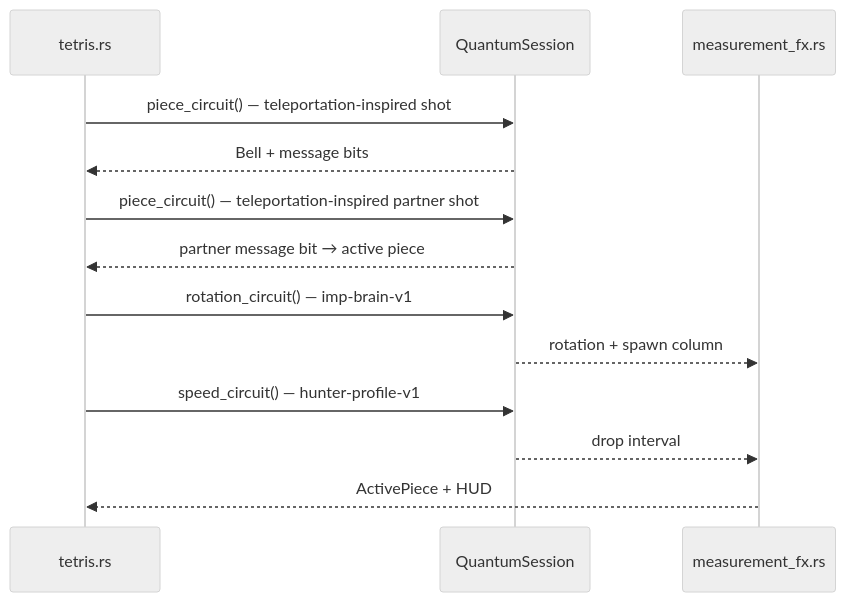
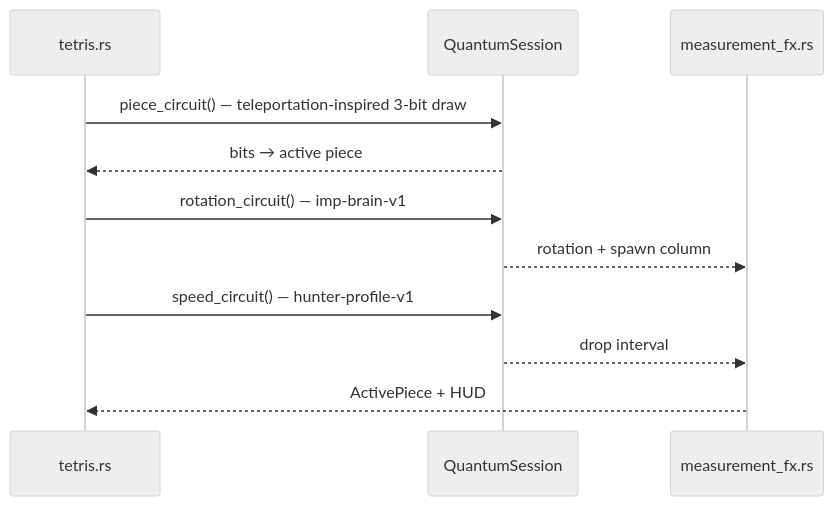
The second of 2 diagrams in README.md (thepriben/quantum-tetris), drawn with Mermaid (neutral theme) before and after one commit. The commit also changed other lines of this file and 9 other files, not shown here.

Commit message:
Simplify quantum piece draw

````diff
--- a/README.md
+++ b/README.md
@@ -136,16 +136,14 @@
 ```mermaid
 sequenceDiagram
   participant T as tetris.rs
   participant Q as QuantumSession
   participant M as measurement_fx.rs
 
-  T->>Q: piece_circuit() — teleportation-inspired shot #1
-  Q-->>T: Bell + message bits
-  T->>Q: piece_circuit() — teleportation-inspired partner shot
-  Q-->>T: partner message bit → active piece
+  T->>Q: piece_circuit() — teleportation-inspired 3-bit draw
+  Q-->>T: bits → active piece
   T->>Q: rotation_circuit() — imp-brain-v1
   Q-->>M: rotation + spawn column
   T->>Q: speed_circuit() — hunter-profile-v1
   Q-->>M: drop interval
   M-->>T: ActivePiece + HUD
 ```
````
